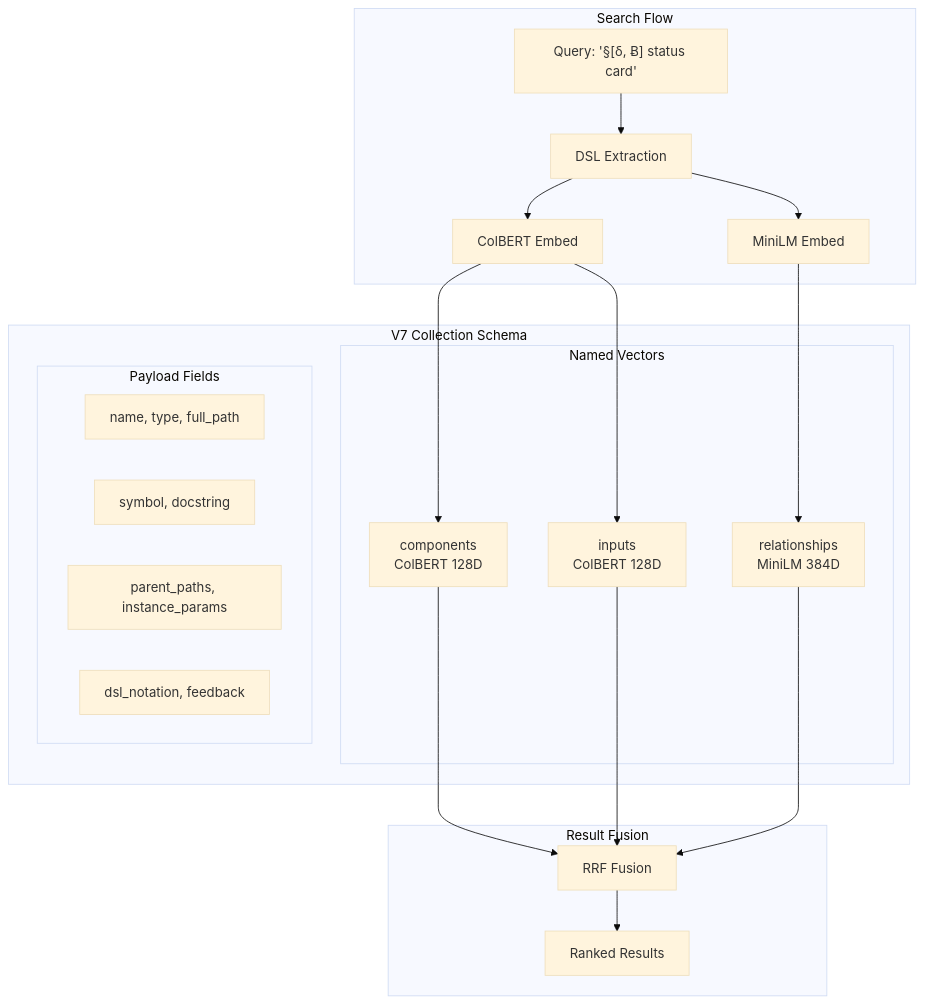
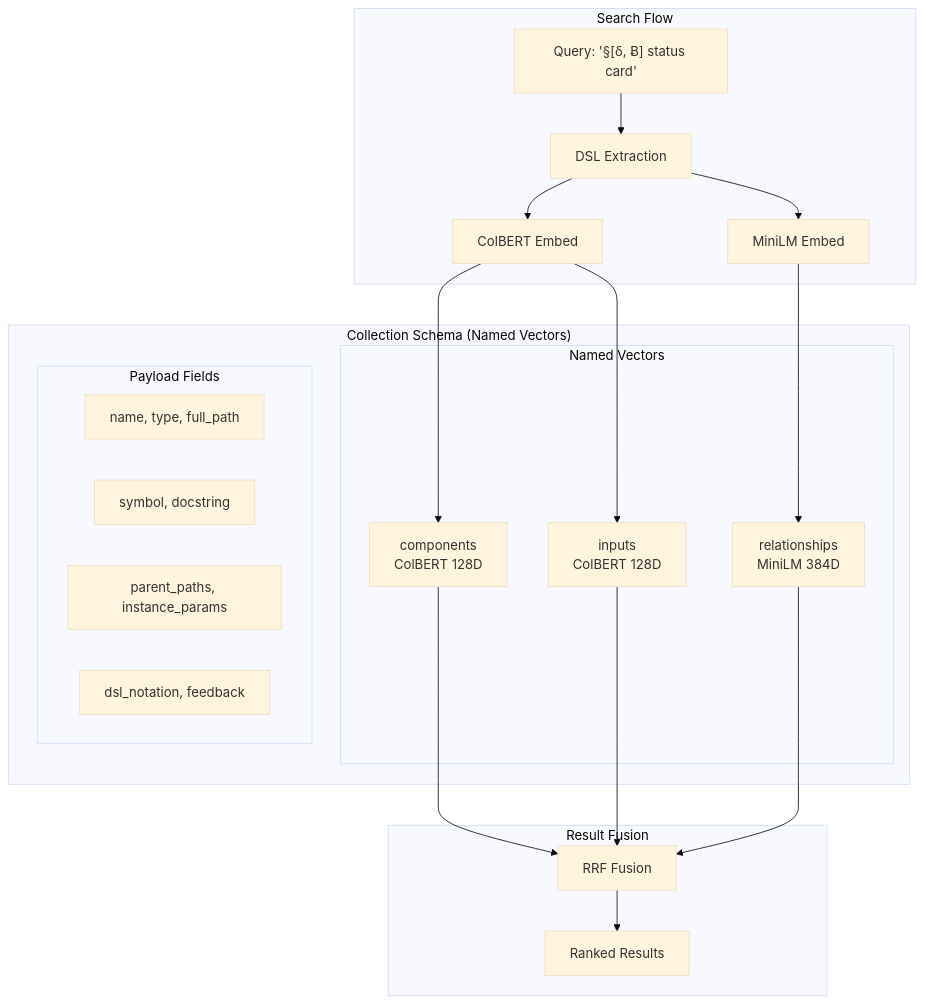
Before and after one commit to dipseth/google_workspace_fastmcp2: the second of 5 diagrams in adapters/module_wrapper/README.md, drawn with Mermaid (base theme). The commit also changed other lines of this file and 37 other files, not shown here.

````diff
--- a/adapters/module_wrapper/README.md
+++ b/adapters/module_wrapper/README.md
@@ -126,34 +126,34 @@
 ```mermaid
 graph TB
-    subgraph "V7 Collection Schema"
+    subgraph "Collection Schema (Named Vectors)"
         subgraph "Named Vectors"
             C["components<br/>ColBERT 128D"]
             I["inputs<br/>ColBERT 128D"]
             R["relationships<br/>MiniLM 384D"]
         end
 
         subgraph "Payload Fields"
             P1["name, type, full_path"]
             P2["symbol, docstring"]
             P3["parent_paths, instance_params"]
             P4["dsl_notation, feedback"]
         end
     end
 
     subgraph "Search Flow"
         Q["Query: '§[δ, Ƀ] status card'"]
         Q --> DSL["DSL Extraction"]
         DSL --> CE["ColBERT Embed"]
         DSL --> ME["MiniLM Embed"]
         CE --> C
         CE --> I
         ME --> R
     end
 
     subgraph "Result Fusion"
         C --> RRF["RRF Fusion"]
         I --> RRF
         R --> RRF
         RRF --> Results["Ranked Results"]
     end
 ```
````
